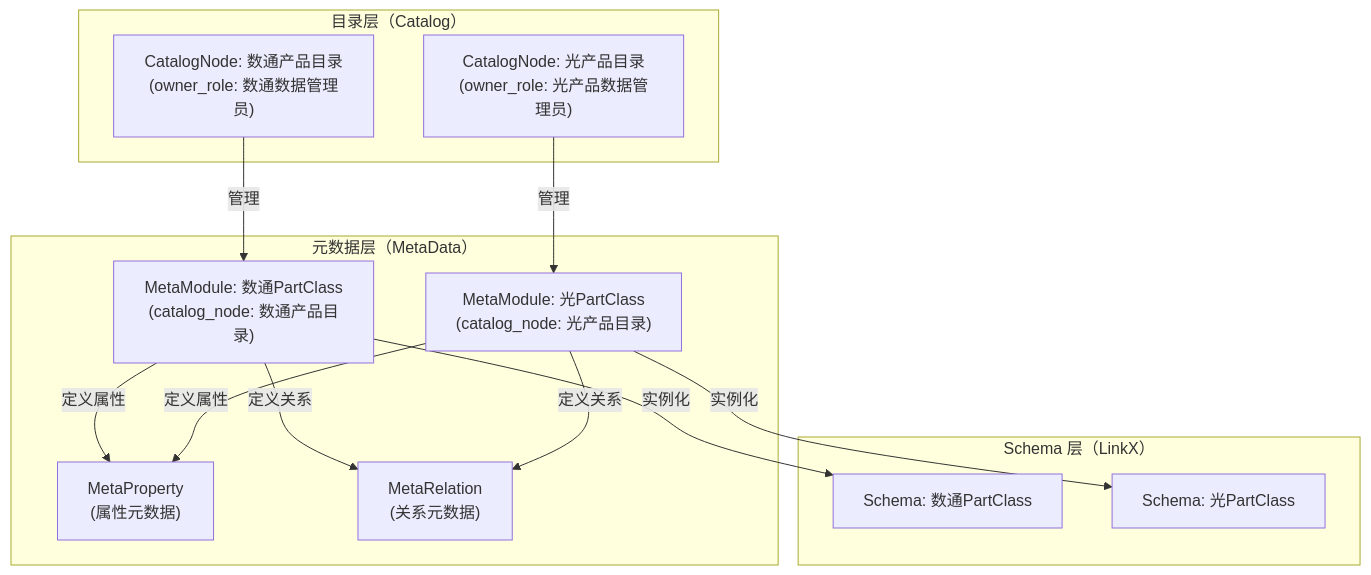
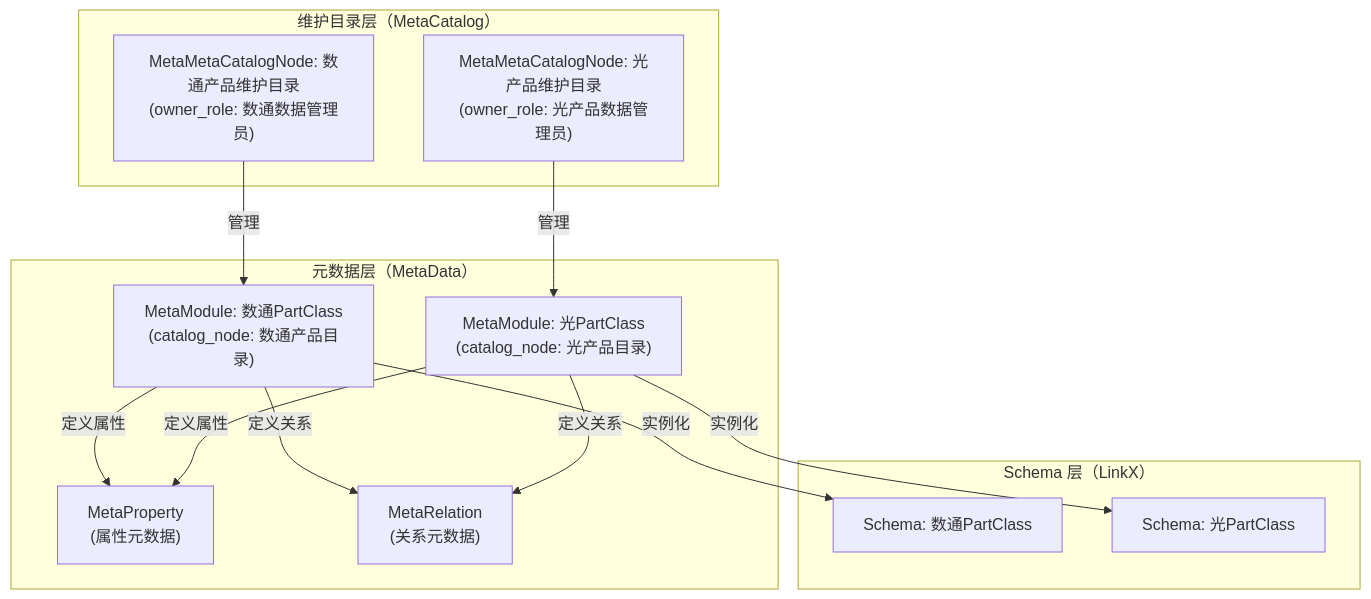
The sixth of 8 diagrams in docs/数字产品系统架构设计说明书.md (goflyboy/digitalproduct), drawn with Mermaid before and after one commit. The commit also changed other lines of this file, not shown here.

````diff
--- a/docs/数字产品系统架构设计说明书.md
+++ b/docs/数字产品系统架构设计说明书.md
@@ -1835,29 +1923,29 @@
 ```mermaid
 flowchart TB
-    subgraph CatalogLayer["目录层（Catalog）"]
-        CN1["CatalogNode: 数通产品目录<br/>(owner_role: 数通数据管理员)"]
-        CN2["CatalogNode: 光产品目录<br/>(owner_role: 光产品数据管理员)"]
+    subgraph CatalogLayer["维护目录层（MetaCatalog）"]
+        CN1["MetaMetaCatalogNode: 数通产品维护目录<br/>(owner_role: 数通数据管理员)"]
+        CN2["MetaMetaCatalogNode: 光产品维护目录<br/>(owner_role: 光产品数据管理员)"]
     end
 
     subgraph MetaLayer["元数据层（MetaData）"]
         MM1["MetaModule: 数通PartClass<br/>(catalog_node: 数通产品目录)"]
         MM2["MetaModule: 光PartClass<br/>(catalog_node: 光产品目录)"]
         MP["MetaProperty<br/>(属性元数据)"]
         MR["MetaRelation<br/>(关系元数据)"]
     end
 
     subgraph SchemaLayer["Schema 层（LinkX）"]
         S1["Schema: 数通PartClass"]
         S2["Schema: 光PartClass"]
     end
 
     CN1 -->|管理| MM1
     CN2 -->|管理| MM2
     MM1 -->|定义属性| MP
     MM2 -->|定义属性| MP
     MM1 -->|定义关系| MR
     MM2 -->|定义关系| MR
 
     MM1 -->|实例化| S1
     MM2 -->|实例化| S2
 ```
````
